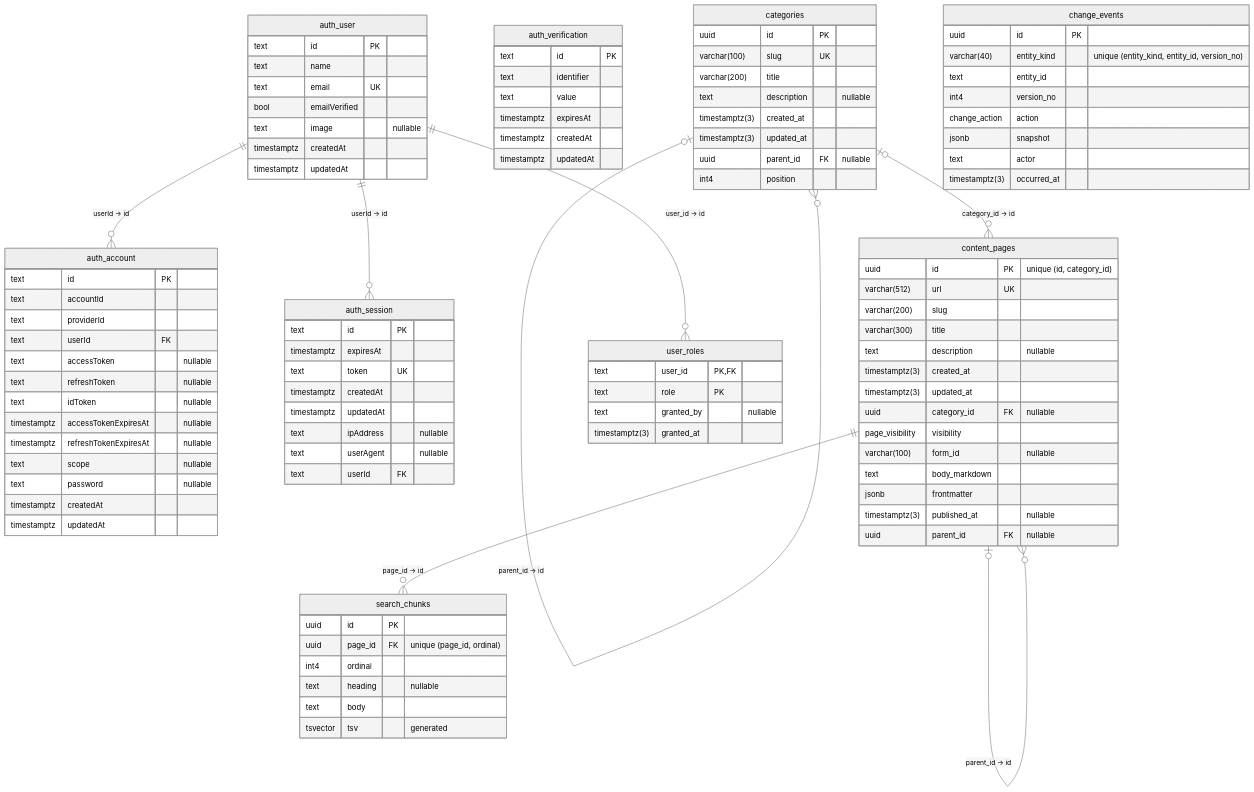
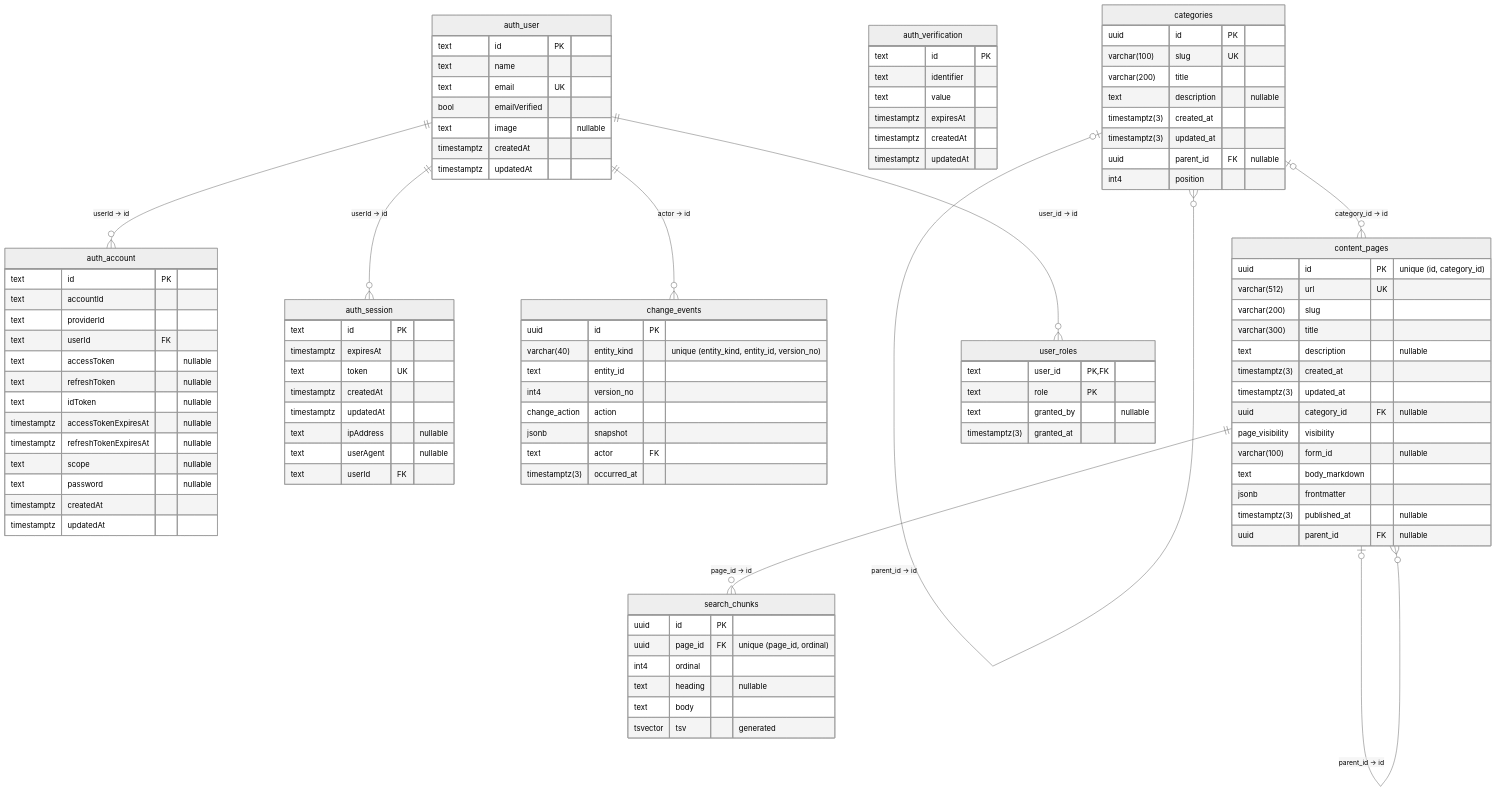
One commit to govtech-bb/gov-bb changed the diagram in apps/api_v2/README.md. Above: the diagram before and after it, drawn with Mermaid (neutral theme). The commit also changed other lines of this file and 36 other files, not shown here.

First line of the commit message:
feat(api_v2): trigger-written change_events attributed to a user or system, and BetterAuth on Drizzle (#3340)

```diff
--- a/apps/api_v2/README.md
+++ b/apps/api_v2/README.md
@@ -135,7 +135,7 @@
     int4 version_no
     change_action action
     jsonb snapshot
-    text actor
+    text actor FK
     timestamptz(3) occurred_at
   }
   content_pages {
@@ -171,6 +171,7 @@
   auth_user ||--o{ auth_account : "userId -> id"
   auth_user ||--o{ auth_session : "userId -> id"
   categories |o--o{ categories : "parent_id -> id"
+  auth_user ||--o{ change_events : "actor -> id"
   categories |o--o{ content_pages : "category_id -> id"
   content_pages |o--o{ content_pages : "parent_id, category_id -> id, category_id"
   content_pages |o--o{ content_pages : "parent_id -> id"
```
